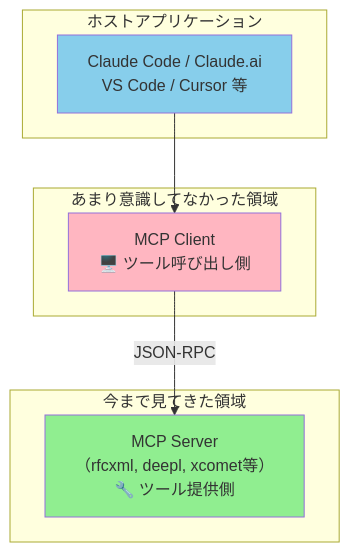
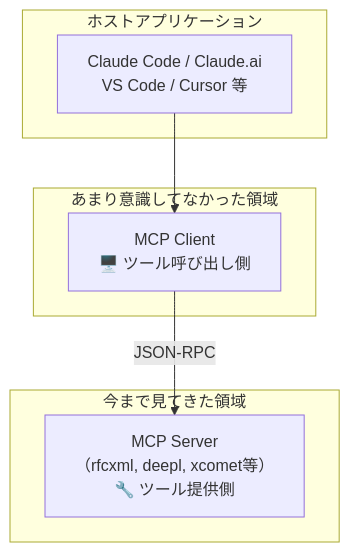
The first of 5 diagrams in discussions/#8.md (shuji-bonji/ai-agent-architecture), drawn with Mermaid before and after one commit. The commit also changed 1 other file, not shown here.

Commit message:
fix: OWASP MCP Top 10（2025）を「ブレない参照先」として統合

````diff
--- a/discussions/#8.md
+++ b/discussions/#8.md
@@ -5,21 +5,17 @@
 ```mermaid
 graph TB
     subgraph "今まで見てきた領域"
         SERVER["MCP Server<br/>（rfcxml, deepl, xcomet等）<br/>🔧 ツール提供側"]
     end
 
     subgraph "あまり意識してなかった領域"
         CLIENT["MCP Client<br/>🖥️ ツール呼び出し側"]
     end
 
     subgraph "ホストアプリケーション"
         HOST["Claude Code / Claude.ai<br/>VS Code / Cursor 等"]
     end
 
     HOST --> CLIENT
     CLIENT --> |"JSON-RPC"| SERVER
-
-    style SERVER fill:#90EE90
-    style CLIENT fill:#FFB6C1
-    style HOST fill:#87CEEB
 ```
````
